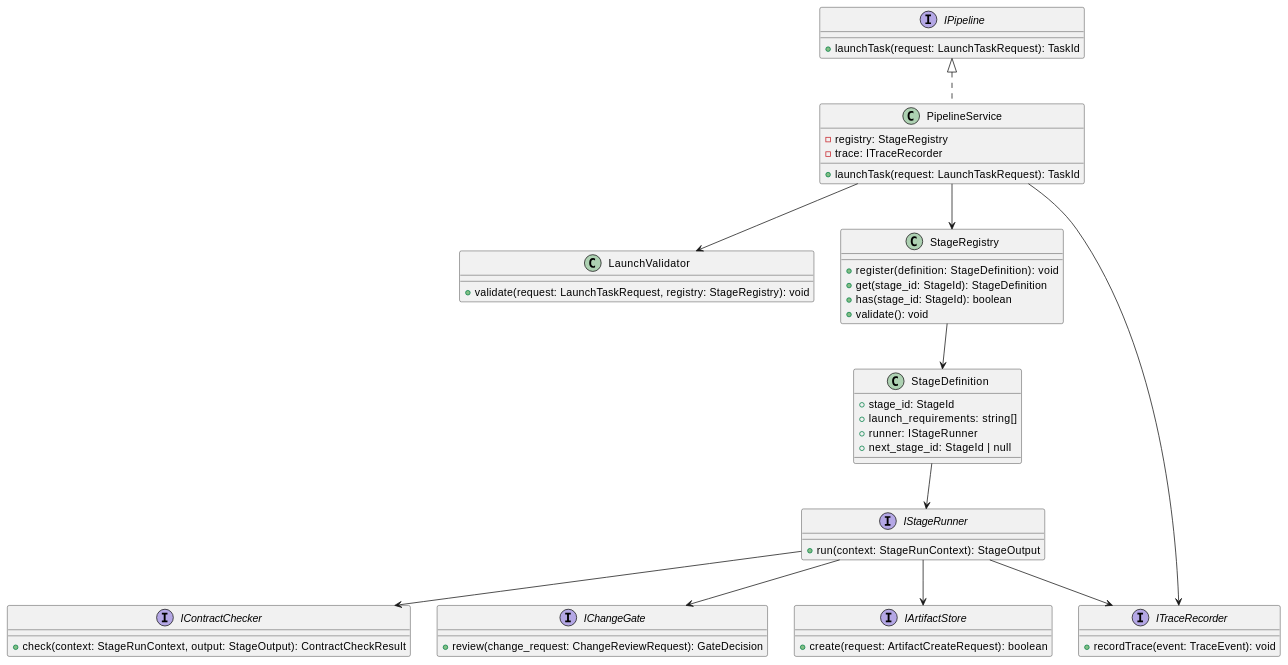
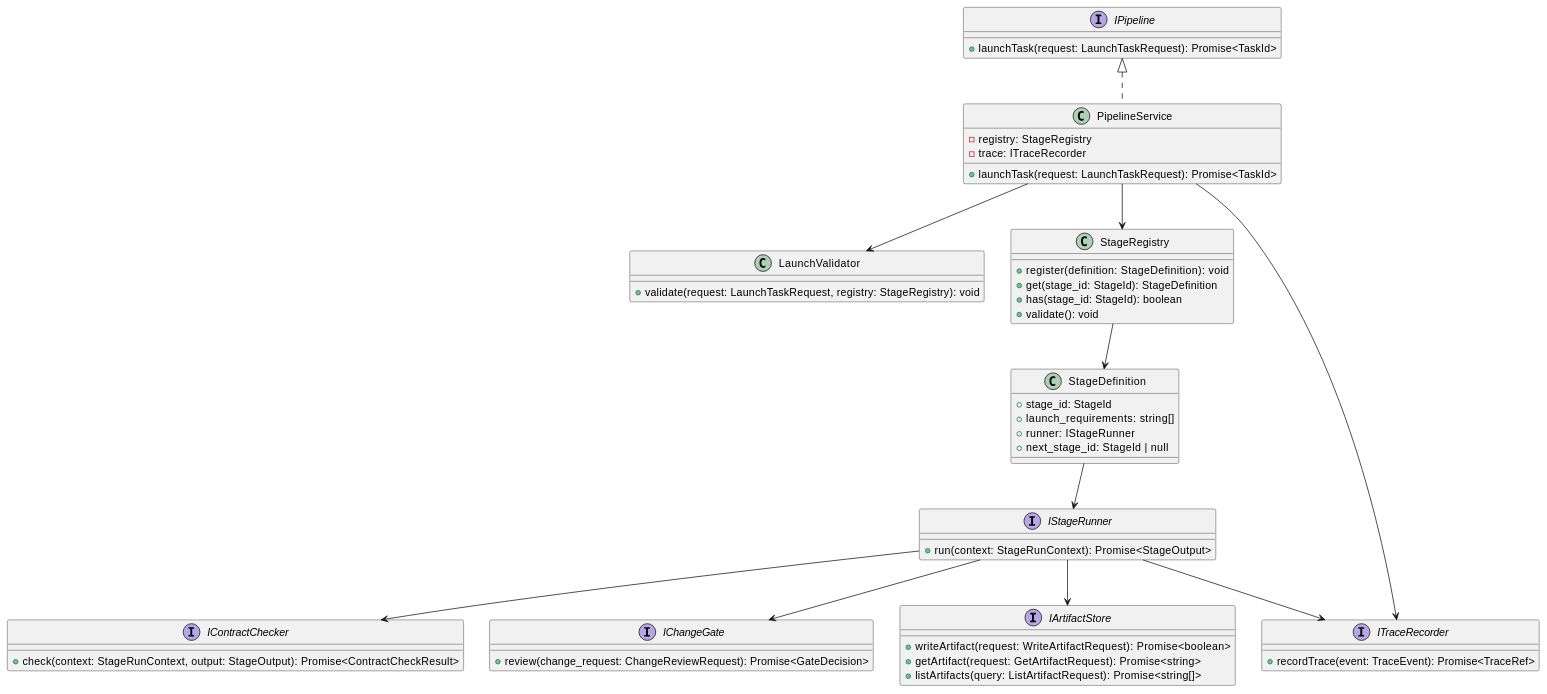
One commit to lucky-chen/ai_workflow_travel changed the first of 4 diagrams in meta_layer/docs/design_docs/Workflow/Pipeline.md. Above: the diagram before and after it, drawn with PlantUML. The commit also changed other lines of this file, not shown here.

````diff
--- a/meta_layer/docs/design_docs/Workflow/Pipeline.md
+++ b/meta_layer/docs/design_docs/Workflow/Pipeline.md
@@ -43,62 +43,64 @@
 ```plantuml
 @startuml
 interface IPipeline {
-  +launchTask(request: LaunchTaskRequest): TaskId
+  +launchTask(request: LaunchTaskRequest): Promise<TaskId>
 }
 
 class PipelineService {
   -registry: StageRegistry
   -trace: ITraceRecorder
-  +launchTask(request: LaunchTaskRequest): TaskId
+  +launchTask(request: LaunchTaskRequest): Promise<TaskId>
 }
 
 interface IStageRunner {
-  +run(context: StageRunContext): StageOutput
+  +run(context: StageRunContext): Promise<StageOutput>
 }
 
 class LaunchValidator {
   +validate(request: LaunchTaskRequest, registry: StageRegistry): void
 }
 
 class StageRegistry {
   +register(definition: StageDefinition): void
   +get(stage_id: StageId): StageDefinition
   +has(stage_id: StageId): boolean
   +validate(): void
 }
 
 class StageDefinition {
   +stage_id: StageId
   +launch_requirements: string[]
   +runner: IStageRunner
   +next_stage_id: StageId | null
 }
 
 interface ITraceRecorder {
-  +recordTrace(event: TraceEvent): void
+  +recordTrace(event: TraceEvent): Promise<TraceRef>
 }
 
 interface IContractChecker {
-  +check(context: StageRunContext, output: StageOutput): ContractCheckResult
+  +check(context: StageRunContext, output: StageOutput): Promise<ContractCheckResult>
 }
 
 interface IChangeGate {
-  +review(change_request: ChangeReviewRequest): GateDecision
+  +review(change_request: ChangeReviewRequest): Promise<GateDecision>
 }
 
 interface IArtifactStore {
-  +create(request: ArtifactCreateRequest): boolean
+  +writeArtifact(request: WriteArtifactRequest): Promise<boolean>
+  +getArtifact(request: GetArtifactRequest): Promise<string>
+  +listArtifacts(query: ListArtifactRequest): Promise<string[]>
 }
 
 IPipeline <|.. PipelineService
 PipelineService --> StageRegistry
 PipelineService --> ITraceRecorder
 PipelineService --> LaunchValidator
 StageRegistry --> StageDefinition
 StageDefinition --> IStageRunner
 IStageRunner --> ITraceRecorder
 IStageRunner --> IContractChecker
 IStageRunner --> IChangeGate
 IStageRunner --> IArtifactStore
 @enduml
 ```
````
